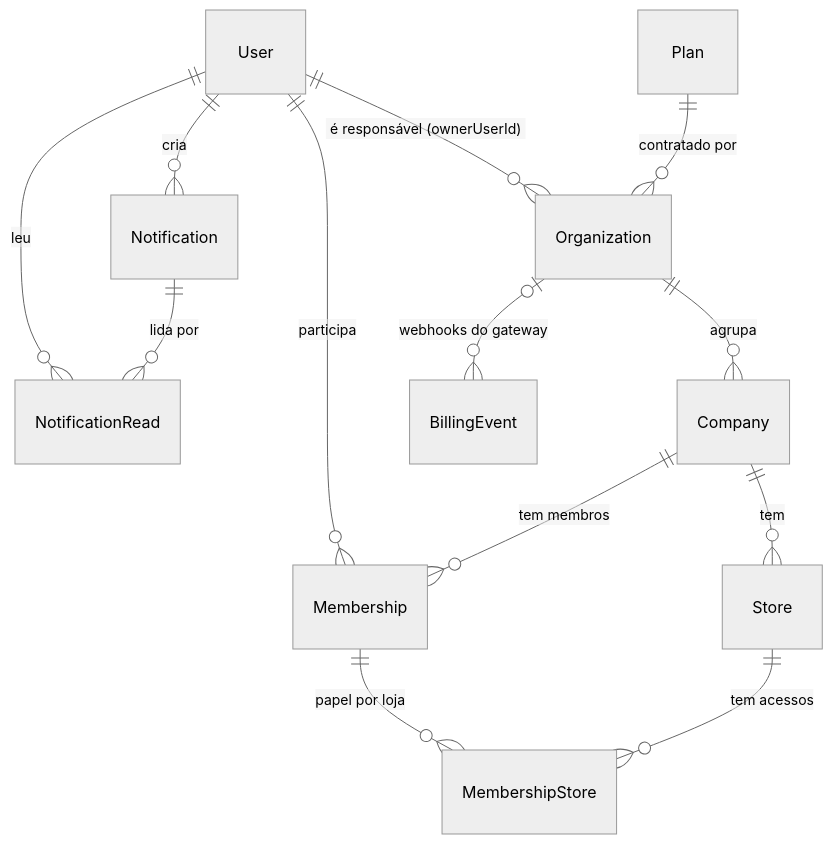
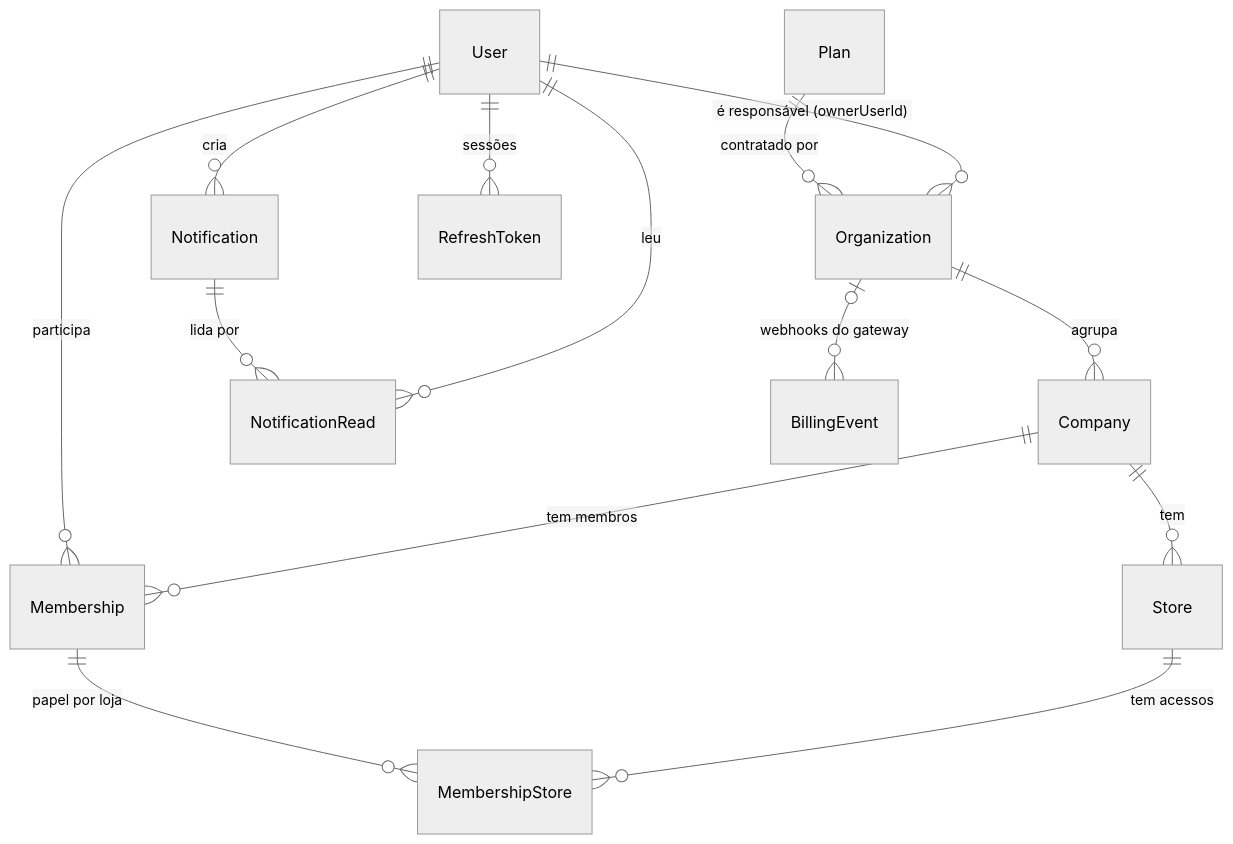
The first of 4 diagrams in docs/BANCO_DE_DADOS.md (caetanocesar35dev/saas_distribuidora), drawn with Mermaid (neutral theme) before and after one commit. The commit also changed other lines of this file and 6 other files, not shown here.

````diff
--- a/docs/BANCO_DE_DADOS.md
+++ b/docs/BANCO_DE_DADOS.md
@@ -63,15 +64,16 @@
 ```mermaid
 erDiagram
     Plan ||--o{ Organization : "contratado por"
     User ||--o{ Organization : "é responsável (ownerUserId)"
     Organization ||--o{ Company : "agrupa"
     Company ||--o{ Store : "tem"
     User ||--o{ Membership : "participa"
     Company ||--o{ Membership : "tem membros"
     Membership ||--o{ MembershipStore : "papel por loja"
     Store ||--o{ MembershipStore : "tem acessos"
     User ||--o{ Notification : "cria"
     Notification ||--o{ NotificationRead : "lida por"
     User ||--o{ NotificationRead : "leu"
+    User ||--o{ RefreshToken : "sessões"
     Organization |o--o{ BillingEvent : "webhooks do gateway"
 ```
````
